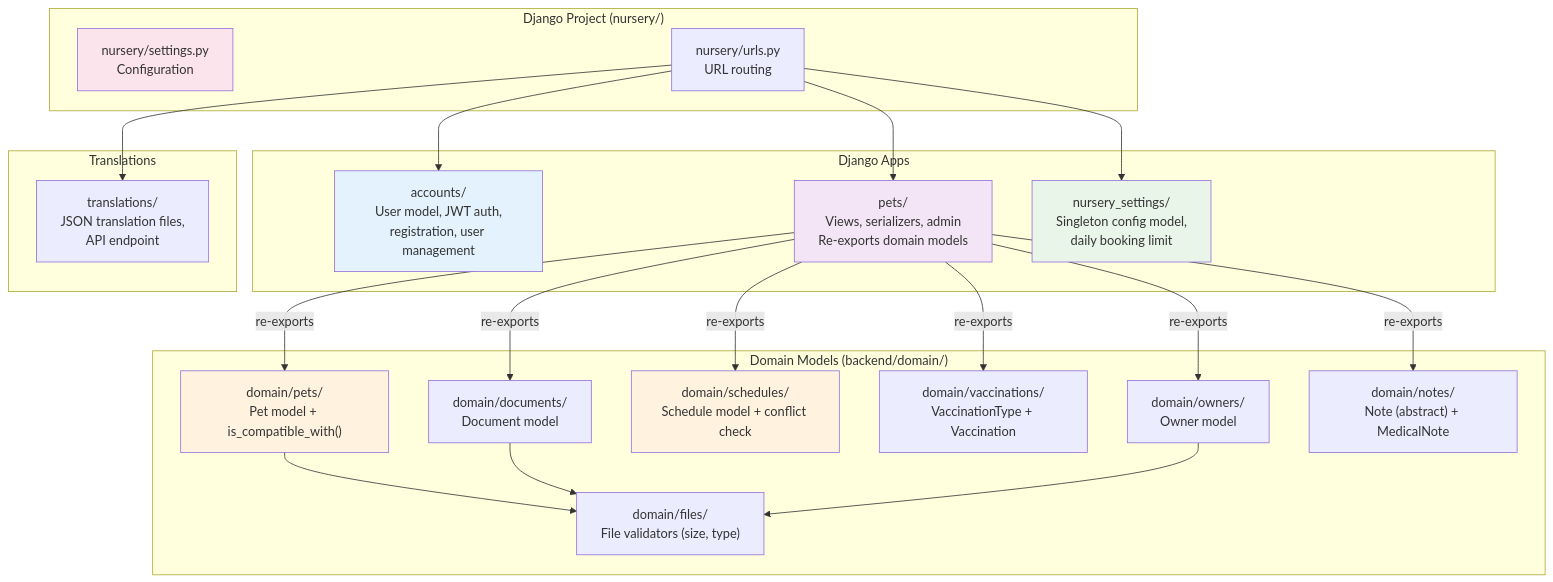
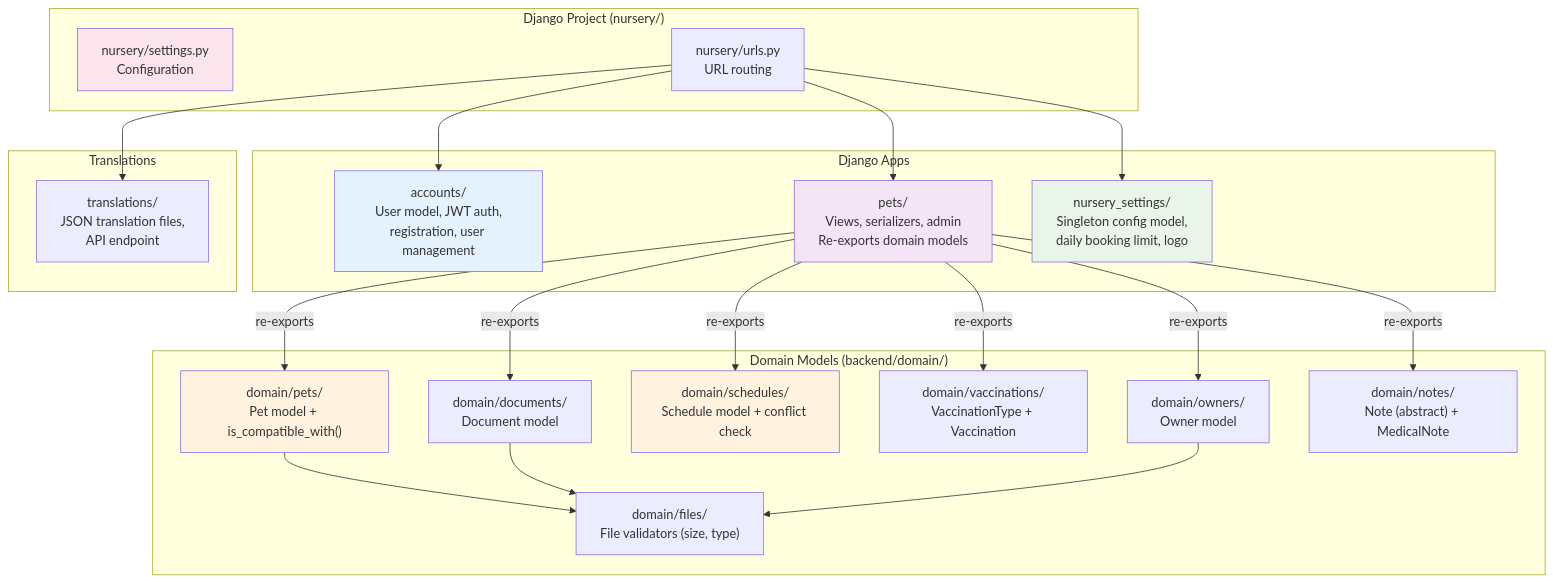
Before and after one commit to maxi3390/happydogs-calendar: the third of 10 diagrams in docs/docs/architecture.md, drawn with Mermaid. The commit also changed other lines of this file and 5 other files, not shown here.

````diff
--- a/docs/docs/architecture.md
+++ b/docs/docs/architecture.md
@@ -135,41 +135,41 @@
 ```mermaid
 graph TB
     subgraph "Django Project (nursery/)"
         Settings["nursery/settings.py<br/>Configuration"]
         URLs["nursery/urls.py<br/>URL routing"]
     end
 
     subgraph "Django Apps"
         Accounts["accounts/<br/>User model, JWT auth,<br/>registration, user management"]
         Pets["pets/<br/>Views, serializers, admin<br/>Re-exports domain models"]
-        NurserySettings["nursery_settings/<br/>Singleton config model,<br/>daily booking limit"]
+        NurserySettings["nursery_settings/<br/>Singleton config model,<br/>daily booking limit, logo"]
     end
 
     subgraph "Domain Models (backend/domain/)"
         DomainOwners["domain/owners/<br/>Owner model"]
         DomainPets["domain/pets/<br/>Pet model + is_compatible_with()"]
         DomainSchedules["domain/schedules/<br/>Schedule model + conflict check"]
         DomainVaccinations["domain/vaccinations/<br/>VaccinationType + Vaccination"]
         DomainDocuments["domain/documents/<br/>Document model"]
         DomainNotes["domain/notes/<br/>Note (abstract) + MedicalNote"]
         DomainFiles["domain/files/<br/>File validators (size, type)"]
     end
 
     subgraph "Translations"
         TranslationsApp["translations/<br/>JSON translation files,<br/>API endpoint"]
     end
 
     URLs --> Accounts & Pets & NurserySettings & TranslationsApp
     Pets -->|"re-exports"| DomainOwners & DomainPets & DomainSchedules
     Pets -->|"re-exports"| DomainVaccinations & DomainDocuments & DomainNotes
     DomainPets --> DomainFiles
     DomainDocuments --> DomainFiles
     DomainOwners --> DomainFiles
 
     style Settings fill:#fce4ec
     style Accounts fill:#e3f2fd
     style Pets fill:#f3e5f5
     style NurserySettings fill:#e8f5e8
     style DomainPets fill:#fff3e0
     style DomainSchedules fill:#fff3e0
 ```
````
